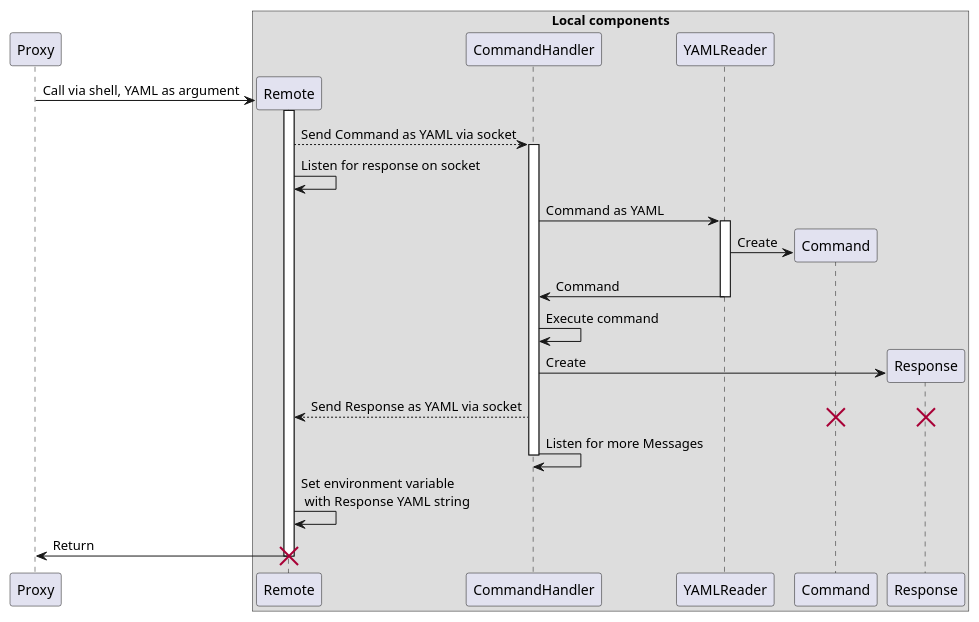
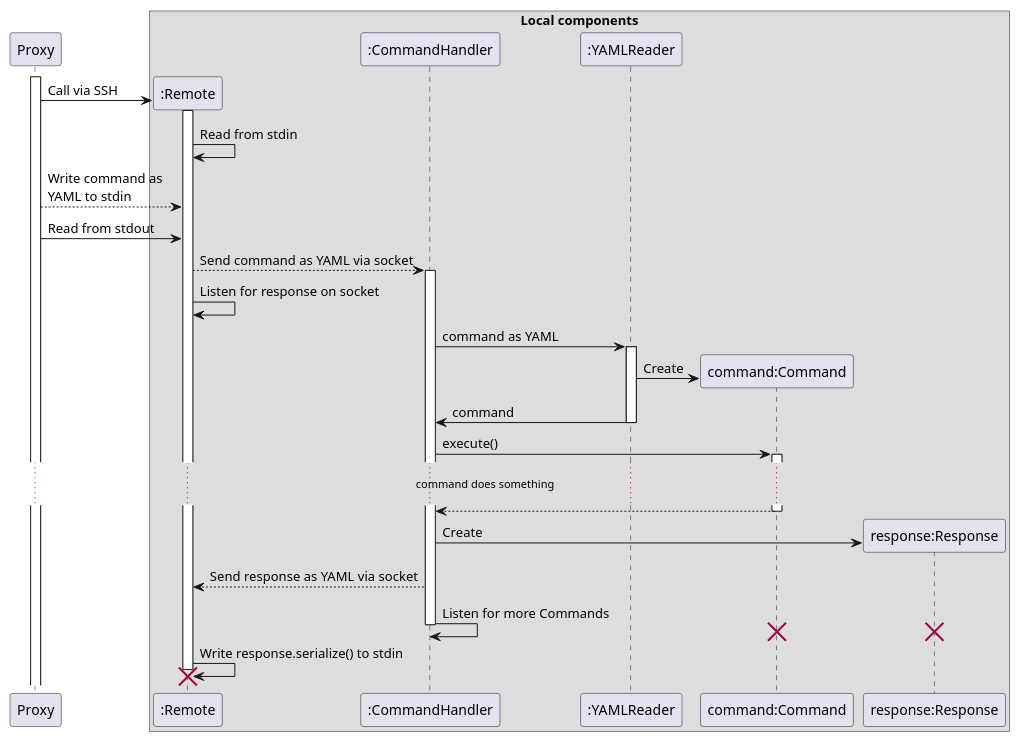
Before and after one commit to DistributedTaskScheduling/documentation: the diagram in design/sequence/remote.puml, drawn with PlantUML. The commit also changed 2 other files, not shown here.

Commit message:
fixup! Revised proxy sequence diagrams: MessageHandler, envornment variables

```diff
--- a/design/sequence/remote.puml
+++ b/design/sequence/remote.puml
@@ -1,30 +1,35 @@
 @startuml
 
 participant Proxy
 
 box "Local components"
-    participant Remote
-    participant CommandHandler
-    participant YAMLReader
-    participant Command
-    participant Response
+    participant ":Remote" as Remote
+    participant ":CommandHandler" as CommandHandler
+    participant ":YAMLReader" as YAMLReader
+    participant "command:Command" as Command
+    participant "response:Response" as Response
 end box
 
-Proxy -> Remote ** : Call via shell, YAML as argument
+activate Proxy
+Proxy -> Remote ** : Call via SSH
 activate Remote
-Remote --> CommandHandler ++ : Send Command as YAML via socket
+Remote -> Remote : Read from stdin
+Proxy --> Remote : Write command as \nYAML to stdin
+Proxy -> Remote : Read from stdout
+Remote --> CommandHandler ++ : Send command as YAML via socket
 Remote -> Remote : Listen for response on socket
-CommandHandler -> YAMLReader ++ : Command as YAML
+CommandHandler -> YAMLReader ++ : command as YAML
 YAMLReader -> Command ** : Create
-CommandHandler <- YAMLReader -- : Command
-CommandHandler -> CommandHandler : Execute command
+CommandHandler <- YAMLReader -- : command
+CommandHandler -> Command ++ : execute()
+... command does something ...
+CommandHandler <-- Command -- 
 CommandHandler -> Response ** : Create
-CommandHandler --> Remote : Send Response as YAML via socket
+CommandHandler --> Remote : Send response as YAML via socket
+CommandHandler -> CommandHandler : Listen for more Commands
 destroy Command
 destroy Response
-CommandHandler -> CommandHandler : Listen for more Messages
 deactivate CommandHandler
-Remote -> Remote : Set environment variable \n with Response YAML string
-Proxy <- Remote -- : Return
+Remote -> Remote : Write response.serialize() to stdin
 destroy Remote
 @enduml
```
